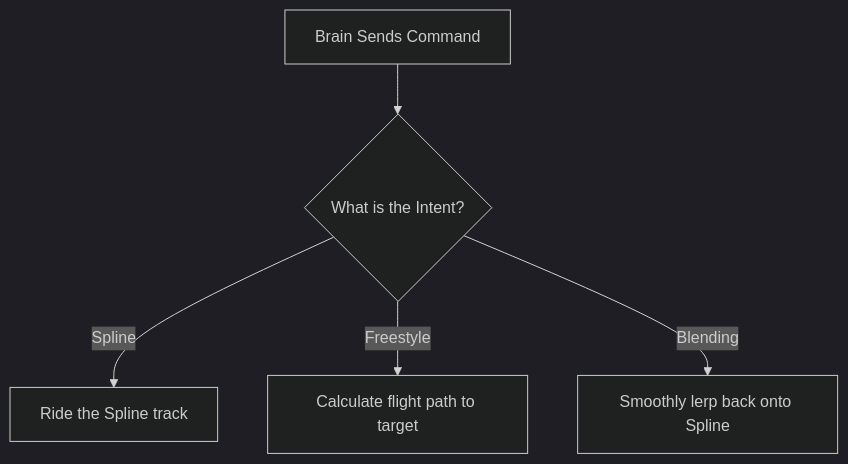
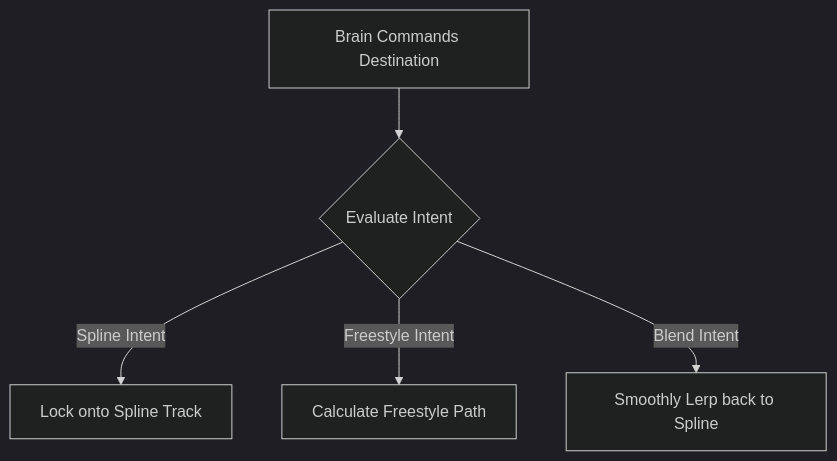
Before and after one commit to NatalieC001/ObiRopeTest: the second of 2 diagrams in Dragon_Code_Overview.md, drawn with Mermaid (dark theme). The commit also changed other lines of this file, not shown here.

First line of the commit message:
docs: update Dragon Code Overview with target architecture

````diff
--- a/Dragon_Code_Overview.md
+++ b/Dragon_Code_Overview.md
@@ -44,7 +62,7 @@
 ```mermaid
 graph TD
-    Brain[Brain Sends Command] --> Mode{What is the Intent?}
-    Mode -- Spline --> FollowSpline[Ride the Spline track]
-    Mode -- Freestyle --> Fly[Calculate flight path to target]
-    Mode -- Blending --> Lerp[Smoothly lerp back onto Spline]
+    Brain[Brain Commands Destination] --> Motor{Evaluate Intent}
+    Motor -- Spline Intent --> Lock[Lock onto Spline Track]
+    Motor -- Freestyle Intent --> Fly[Calculate Freestyle Path]
+    Motor -- Blend Intent --> Lerp[Smoothly Lerp back to Spline]
 ```
````
